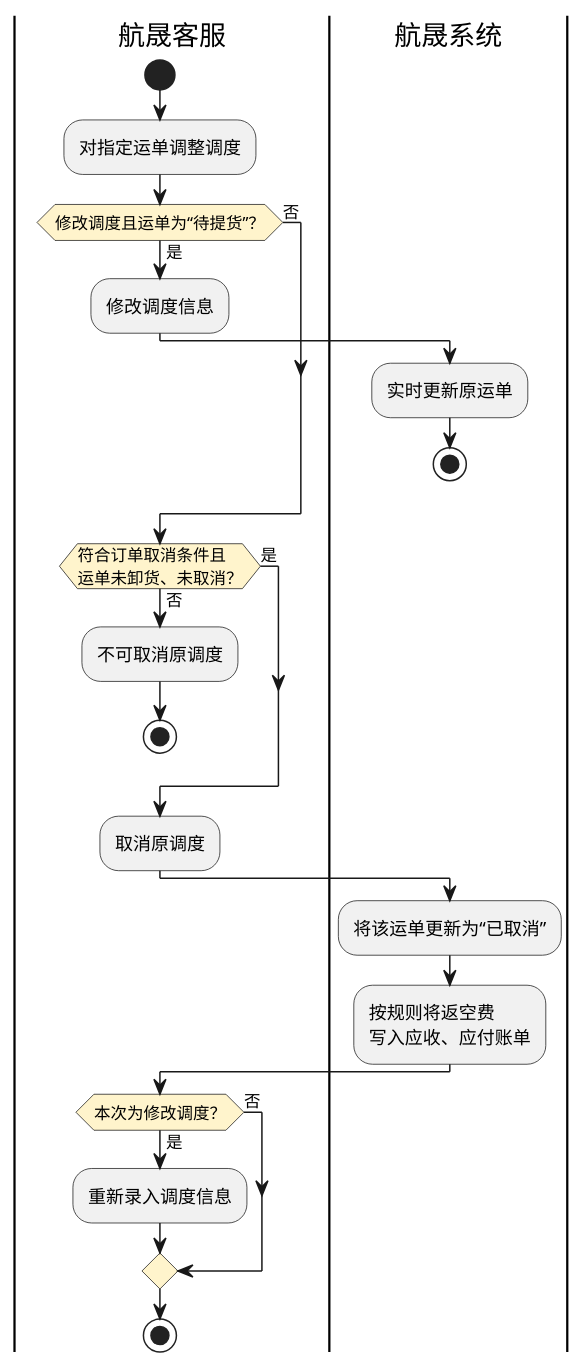
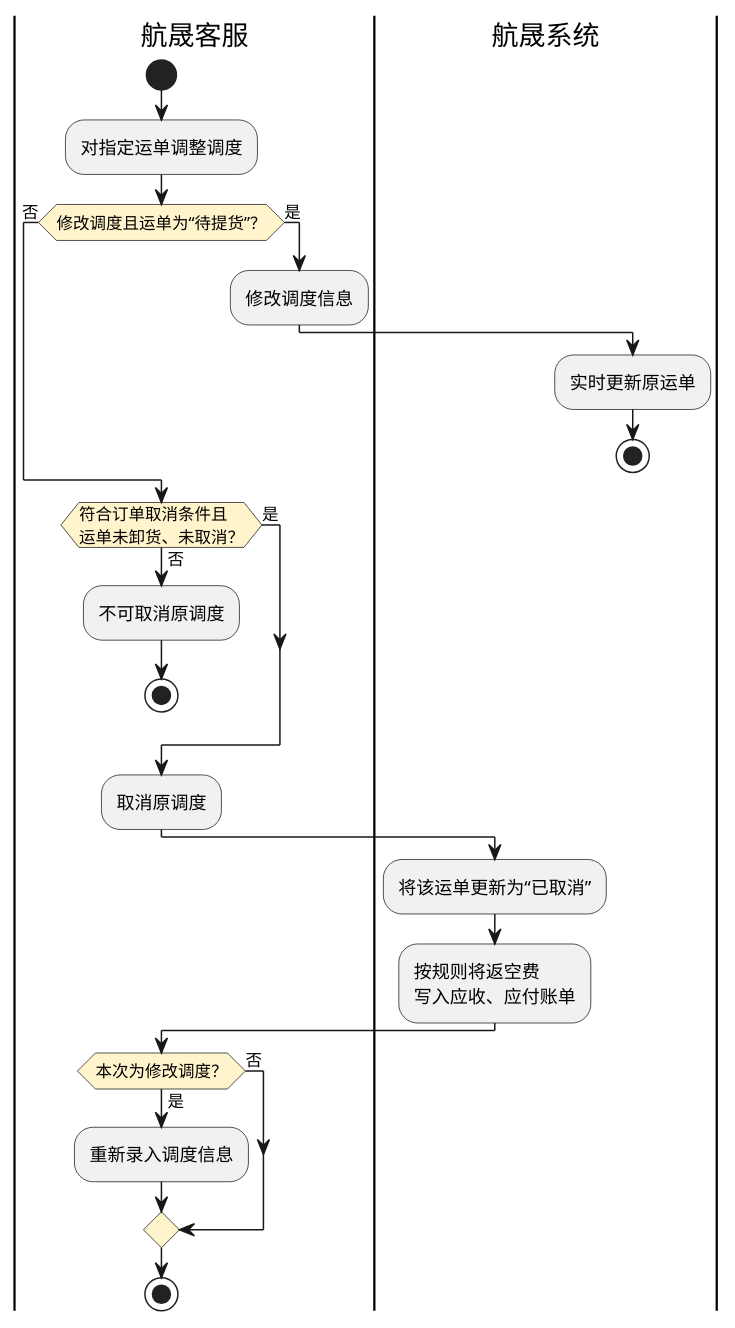
Before and after one commit to jack888332/projects-doc: the fourth of 5 diagrams in product-caliber/goldjet/segmented-prd/PRD.高捷物流系统一期.第016篇.用车-运单管理.20AA542560.md, drawn with PlantUML. The commit also changed other lines of this file and 4 other files, not shown here.

Commit message:
减少泳道活动图连线的可避免交叉

````diff
--- a/product-caliber/goldjet/segmented-prd/PRD.高捷物流系统一期.第016篇.用车-运单管理.20AA542560.md
+++ b/product-caliber/goldjet/segmented-prd/PRD.高捷物流系统一期.第016篇.用车-运单管理.20AA542560.md
@@ -170,31 +170,32 @@
 ```plantuml
 @startuml goldjet-016-dispatch-reversal
 skinparam activityDiamondBackgroundColor #FFF4CC
 |航晟客服|
 start
 :对指定运单调整调度;
-if (修改调度且运单为“待提货”？) then (是)
+if (修改调度且运单为“待提货”？) then (否)
+  label spacer1
+else (是)
   :修改调度信息;
   |航晟系统|
   :实时更新原运单;
   stop
-else (否)
 endif
 |航晟客服|
 if (符合订单取消条件且\n运单未卸货、未取消？) then (否)
   :不可取消原调度;
   stop
 else (是)
 endif
 :取消原调度;
 |航晟系统|
 :将该运单更新为“已取消”;
 :按规则将返空费\n写入应收、应付账单;
 |航晟客服|
 if (本次为修改调度？) then (是)
   :重新录入调度信息;
 else (否)
 endif
 stop
 @enduml
 ```
````
